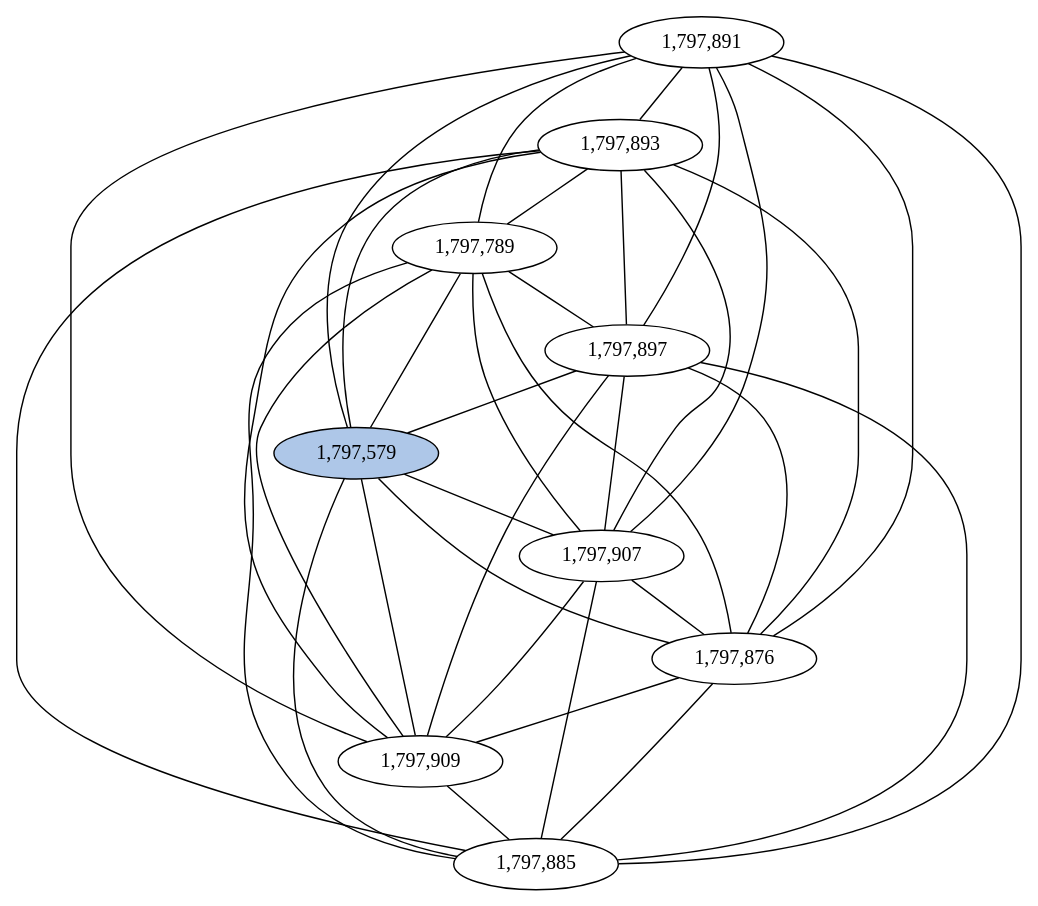
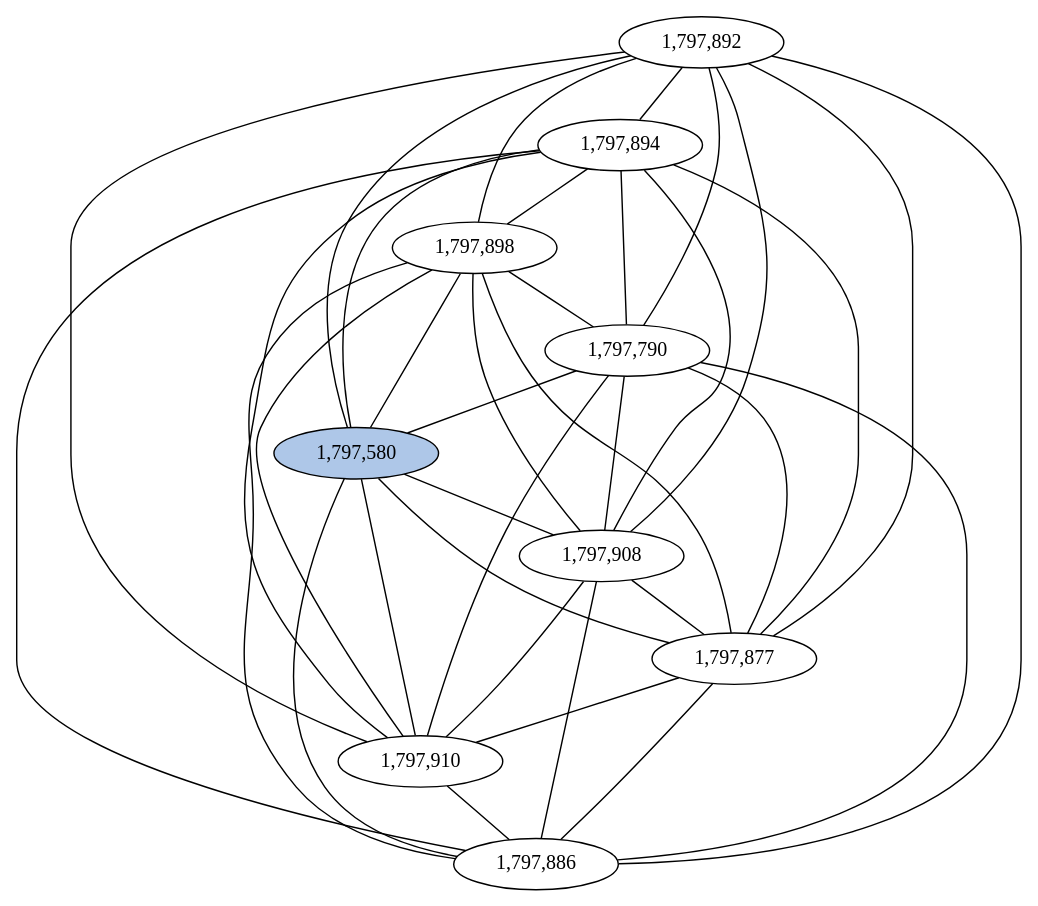
The diagram in notebooks/graphs/BACTEROIDALES_cc6.gv (fedarko/sheepgut), drawn with Graphviz before and after one commit. The commit also changed 60 other files, not shown here.

First line of the commit message:
1-index positions in nx graphs

```diff
--- a/notebooks/graphs/BACTEROIDALES_cc6.gv
+++ b/notebooks/graphs/BACTEROIDALES_cc6.gv
@@ -1,49 +1,49 @@
 graph BACTEROIDALES_cc6 {
 	overlap="prism50";
 	outputorder="edgesfirst";
-	"1,797,891" [style="filled", fillcolor="#ffffff", fontcolor="#000000"];
-	"1,797,893" [style="filled", fillcolor="#ffffff", fontcolor="#000000"];
-	"1,797,789" [style="filled", fillcolor="#ffffff", fontcolor="#000000"];
-	"1,797,897" [style="filled", fillcolor="#ffffff", fontcolor="#000000"];
-	"1,797,579" [style="filled", fillcolor="#aec7e8", fontcolor="#000000"];
-	"1,797,907" [style="filled", fillcolor="#ffffff", fontcolor="#000000"];
-	"1,797,876" [style="filled", fillcolor="#ffffff", fontcolor="#000000"];
-	"1,797,909" [style="filled", fillcolor="#ffffff", fontcolor="#000000"];
-	"1,797,885" [style="filled", fillcolor="#ffffff", fontcolor="#000000"];
-	"1,797,891" -- "1,797,579";
-	"1,797,891" -- "1,797,789";
-	"1,797,891" -- "1,797,876";
-	"1,797,891" -- "1,797,885";
-	"1,797,891" -- "1,797,893";
-	"1,797,891" -- "1,797,897";
-	"1,797,891" -- "1,797,907";
-	"1,797,891" -- "1,797,909";
-	"1,797,893" -- "1,797,579";
-	"1,797,893" -- "1,797,789";
-	"1,797,893" -- "1,797,876";
-	"1,797,893" -- "1,797,885";
-	"1,797,893" -- "1,797,897";
-	"1,797,893" -- "1,797,907";
-	"1,797,893" -- "1,797,909";
-	"1,797,789" -- "1,797,579";
-	"1,797,789" -- "1,797,876";
-	"1,797,789" -- "1,797,885";
-	"1,797,789" -- "1,797,897";
-	"1,797,789" -- "1,797,907";
-	"1,797,789" -- "1,797,909";
-	"1,797,897" -- "1,797,579";
-	"1,797,897" -- "1,797,876";
-	"1,797,897" -- "1,797,885";
-	"1,797,897" -- "1,797,907";
-	"1,797,897" -- "1,797,909";
-	"1,797,579" -- "1,797,876";
-	"1,797,579" -- "1,797,885";
-	"1,797,579" -- "1,797,907";
-	"1,797,579" -- "1,797,909";
-	"1,797,907" -- "1,797,876";
-	"1,797,907" -- "1,797,885";
-	"1,797,907" -- "1,797,909";
-	"1,797,876" -- "1,797,885";
-	"1,797,876" -- "1,797,909";
-	"1,797,909" -- "1,797,885";
+	"1,797,892" [style="filled", fillcolor="#ffffff", fontcolor="#000000"];
+	"1,797,894" [style="filled", fillcolor="#ffffff", fontcolor="#000000"];
+	"1,797,898" [style="filled", fillcolor="#ffffff", fontcolor="#000000"];
+	"1,797,790" [style="filled", fillcolor="#ffffff", fontcolor="#000000"];
+	"1,797,580" [style="filled", fillcolor="#aec7e8", fontcolor="#000000"];
+	"1,797,908" [style="filled", fillcolor="#ffffff", fontcolor="#000000"];
+	"1,797,877" [style="filled", fillcolor="#ffffff", fontcolor="#000000"];
+	"1,797,910" [style="filled", fillcolor="#ffffff", fontcolor="#000000"];
+	"1,797,886" [style="filled", fillcolor="#ffffff", fontcolor="#000000"];
+	"1,797,892" -- "1,797,580";
+	"1,797,892" -- "1,797,790";
+	"1,797,892" -- "1,797,877";
+	"1,797,892" -- "1,797,886";
+	"1,797,892" -- "1,797,894";
+	"1,797,892" -- "1,797,898";
+	"1,797,892" -- "1,797,908";
+	"1,797,892" -- "1,797,910";
+	"1,797,894" -- "1,797,580";
+	"1,797,894" -- "1,797,790";
+	"1,797,894" -- "1,797,877";
+	"1,797,894" -- "1,797,886";
+	"1,797,894" -- "1,797,898";
+	"1,797,894" -- "1,797,908";
+	"1,797,894" -- "1,797,910";
+	"1,797,898" -- "1,797,580";
+	"1,797,898" -- "1,797,790";
+	"1,797,898" -- "1,797,877";
+	"1,797,898" -- "1,797,886";
+	"1,797,898" -- "1,797,908";
+	"1,797,898" -- "1,797,910";
+	"1,797,790" -- "1,797,580";
+	"1,797,790" -- "1,797,877";
+	"1,797,790" -- "1,797,886";
+	"1,797,790" -- "1,797,908";
+	"1,797,790" -- "1,797,910";
+	"1,797,580" -- "1,797,877";
+	"1,797,580" -- "1,797,886";
+	"1,797,580" -- "1,797,908";
+	"1,797,580" -- "1,797,910";
+	"1,797,908" -- "1,797,877";
+	"1,797,908" -- "1,797,886";
+	"1,797,908" -- "1,797,910";
+	"1,797,877" -- "1,797,886";
+	"1,797,877" -- "1,797,910";
+	"1,797,910" -- "1,797,886";
 }
```
